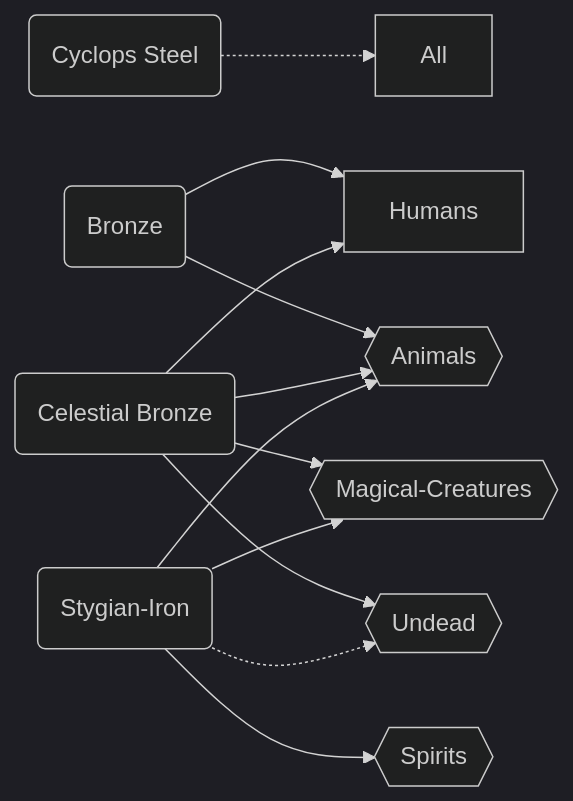
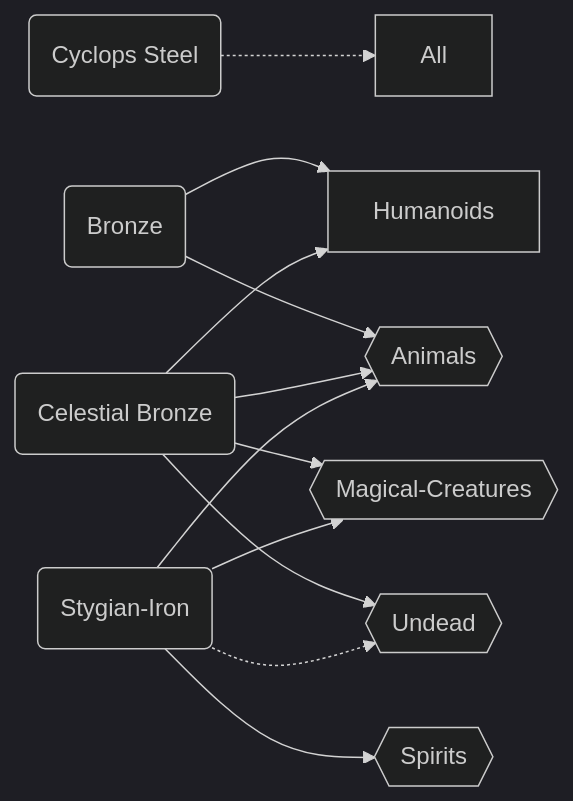
One commit to Ben-Ganon/Obsidian_Olympus_DnD changed the diagram in General/Metal-Creature interactions.md. Above: the diagram before and after it, drawn with Mermaid (dark theme). The commit also changed 7 other files, not shown here.

`````diff
--- a/General/Metal-Creature interactions.md
+++ b/General/Metal-Creature interactions.md
@@ -1,22 +1,22 @@
 ```mermaid
 graph LR;
 CS(Cyclops Steel);
 CB(Celestial Bronze);
 Bronze(Bronze);
 
 MC{{Magical-Creatures}};
 Animals{{Animals}};
 Undead{{Undead}};
 Spirits{{Spirits}};
-Bronze-->Humans;
+Bronze-->Humanoids;
 Bronze-->Animals;
-CB-->Humans;
+CB-->Humanoids;
 CB-->Animals;
 CB-->MC;
 CB-->Undead
 SI(Stygian-Iron)-->Animals;
 SI-->MC;
 SI-.->Undead;
 SI-->Spirits;
 CS-.-> All
 ````
`````
